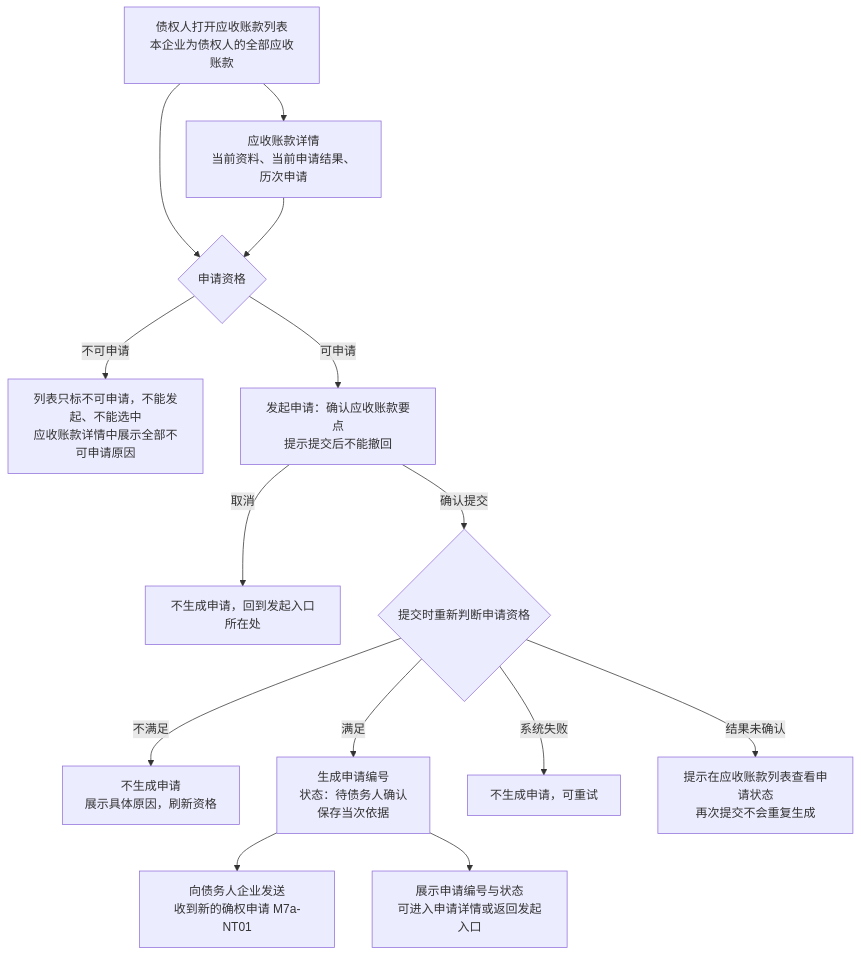
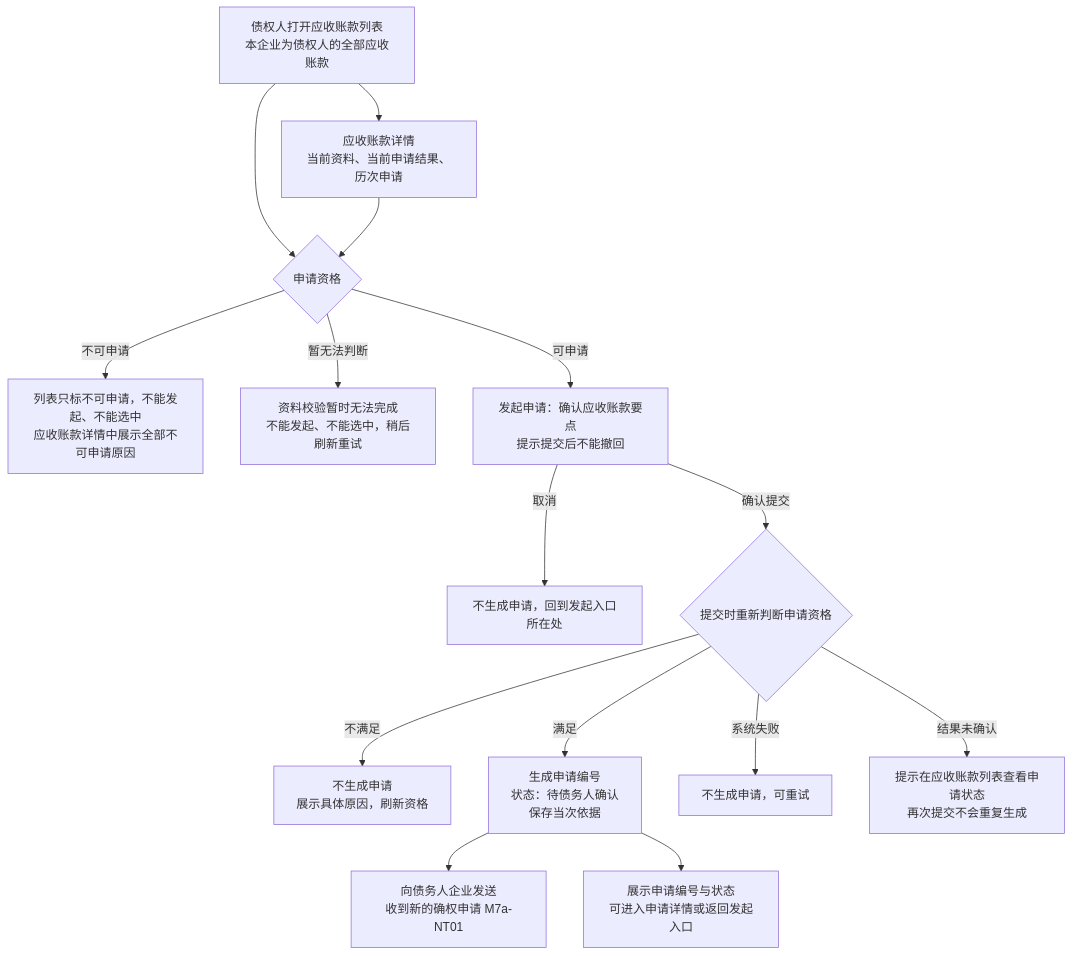
The first of 4 diagrams in asset-trust-platform/PRD/企业端/M7a-应收查看与确权申请/02-应收查看与确权申请-流程图与状态机.md (wxblockchain/Chain-Financing), drawn with Mermaid before and after one commit. The commit also changed 3 other files, not shown here.

````diff
--- a/asset-trust-platform/PRD/企业端/M7a-应收查看与确权申请/02-应收查看与确权申请-流程图与状态机.md
+++ b/asset-trust-platform/PRD/企业端/M7a-应收查看与确权申请/02-应收查看与确权申请-流程图与状态机.md
@@ -17,16 +17,17 @@
 ```mermaid
 flowchart TD
     A[债权人打开应收账款列表<br/>本企业为债权人的全部应收账款] --> B[应收账款详情<br/>当前资料、当前申请结果、历次申请]
     A --> C{申请资格}
     B --> C
     C -->|不可申请| C1[列表只标不可申请，不能发起、不能选中<br/>应收账款详情中展示全部不可申请原因]
+    C -->|暂无法判断| C2[资料校验暂时无法完成<br/>不能发起、不能选中，稍后刷新重试]
     C -->|可申请| D[发起申请：确认应收账款要点<br/>提示提交后不能撤回]
     D -->|取消| A1[不生成申请，回到发起入口所在处]
     D -->|确认提交| E{提交时重新判断申请资格}
     E -->|不满足| E1[不生成申请<br/>展示具体原因，刷新资格]
     E -->|满足| F[生成申请编号<br/>状态：待债务人确认<br/>保存当次依据]
     F --> G[向债务人企业发送<br/>收到新的确权申请 M7a-NT01]
     F --> H[展示申请编号与状态<br/>可进入申请详情或返回发起入口]
     E -->|系统失败| E2[不生成申请，可重试]
     E -->|结果未确认| E3[提示在应收账款列表查看申请状态<br/>再次提交不会重复生成]
 ```
````
